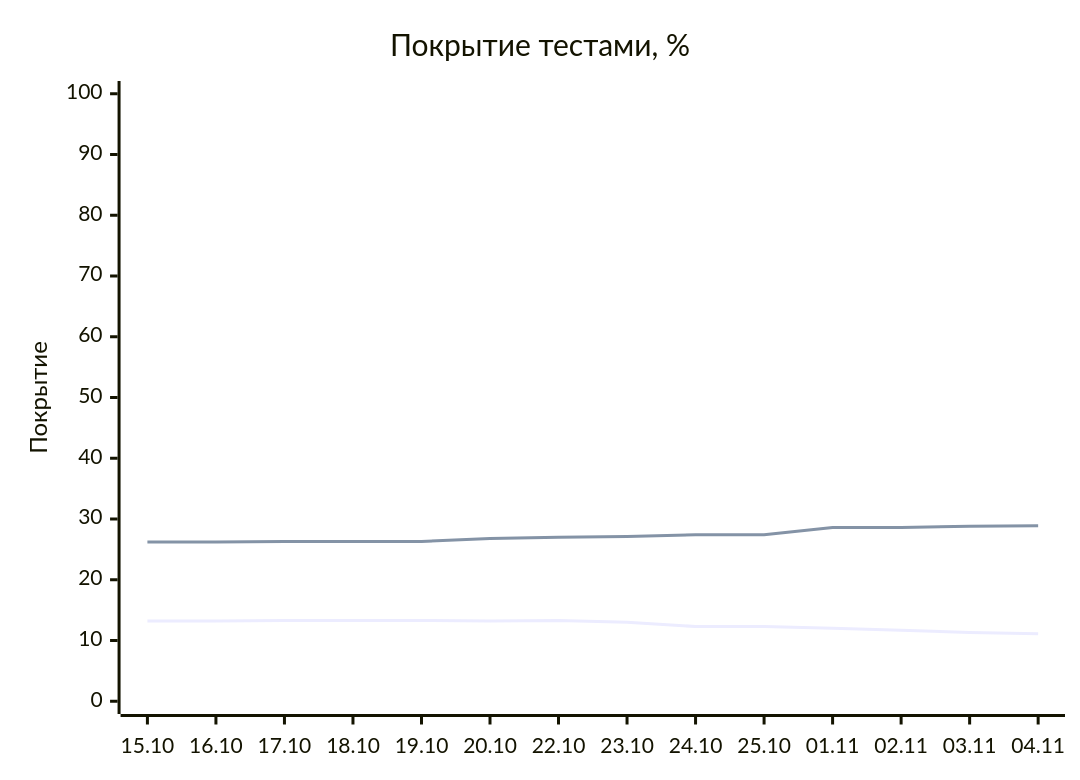
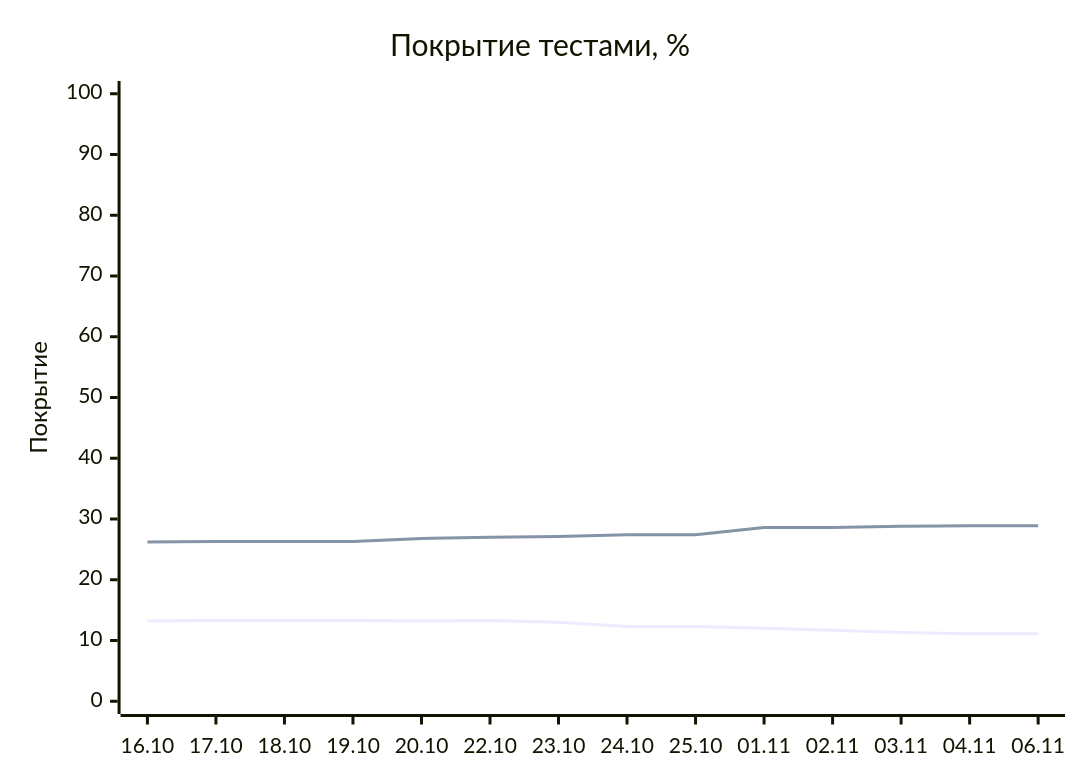
The diagram in README.md (EvgeniBondarev/coverage-report), drawn with Mermaid before and after one commit. The commit also changed other lines of this file and 3360 other files, not shown here.

````diff
--- a/README.md
+++ b/README.md
@@ -19,8 +19,8 @@
 ```mermaid
 xychart-beta
     title "Покрытие тестами, %"
-    x-axis ["15.10", "16.10", "17.10", "18.10", "19.10", "20.10", "22.10", "23.10", "24.10", "25.10", "01.11", "02.11", "03.11", "04.11"]
+    x-axis ["16.10", "17.10", "18.10", "19.10", "20.10", "22.10", "23.10", "24.10", "25.10", "01.11", "02.11", "03.11", "04.11", "06.11"]
     y-axis "Покрытие" 0 --> 100
-    line [13.2, 13.2, 13.3, 13.3, 13.3, 13.2, 13.3, 13, 12.3, 12.3, 12, 11.7, 11.3, 11.1]
-    line [26.2, 26.2, 26.3, 26.3, 26.3, 26.8, 27, 27.1, 27.4, 27.4, 28.6, 28.6, 28.8, 28.9]
+    line [13.2, 13.3, 13.3, 13.3, 13.2, 13.3, 13, 12.3, 12.3, 12, 11.7, 11.3, 11.1, 11.1]
+    line [26.2, 26.3, 26.3, 26.3, 26.8, 27, 27.1, 27.4, 27.4, 28.6, 28.6, 28.8, 28.9, 28.9]
 ```
````
